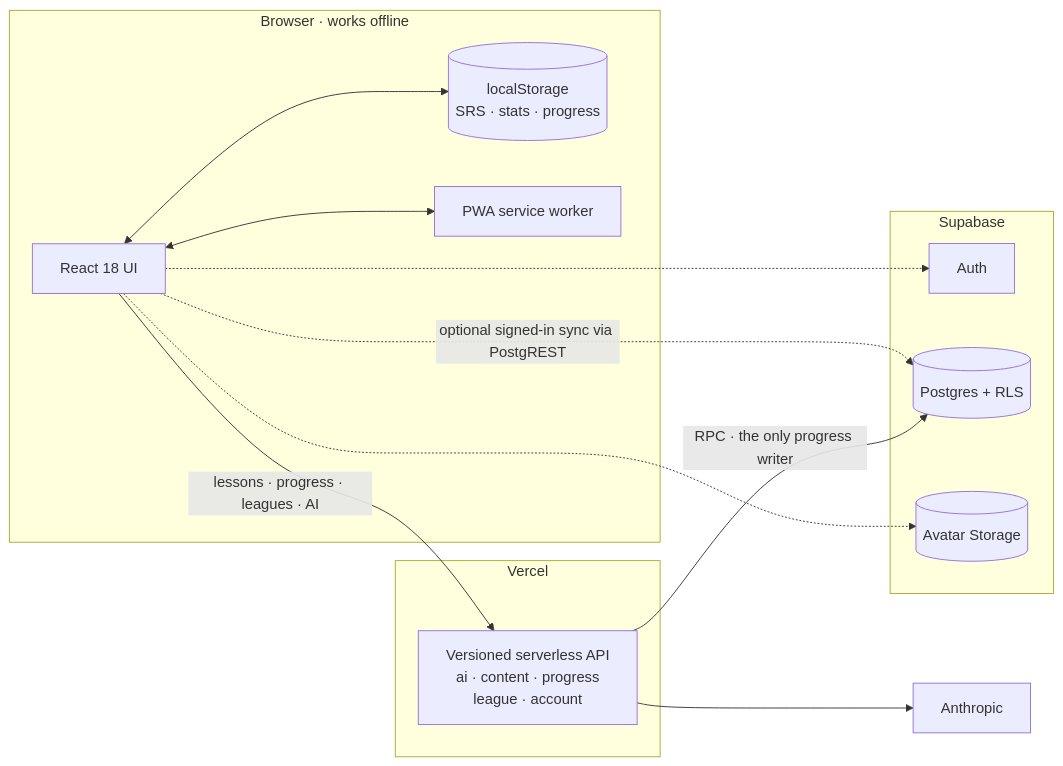
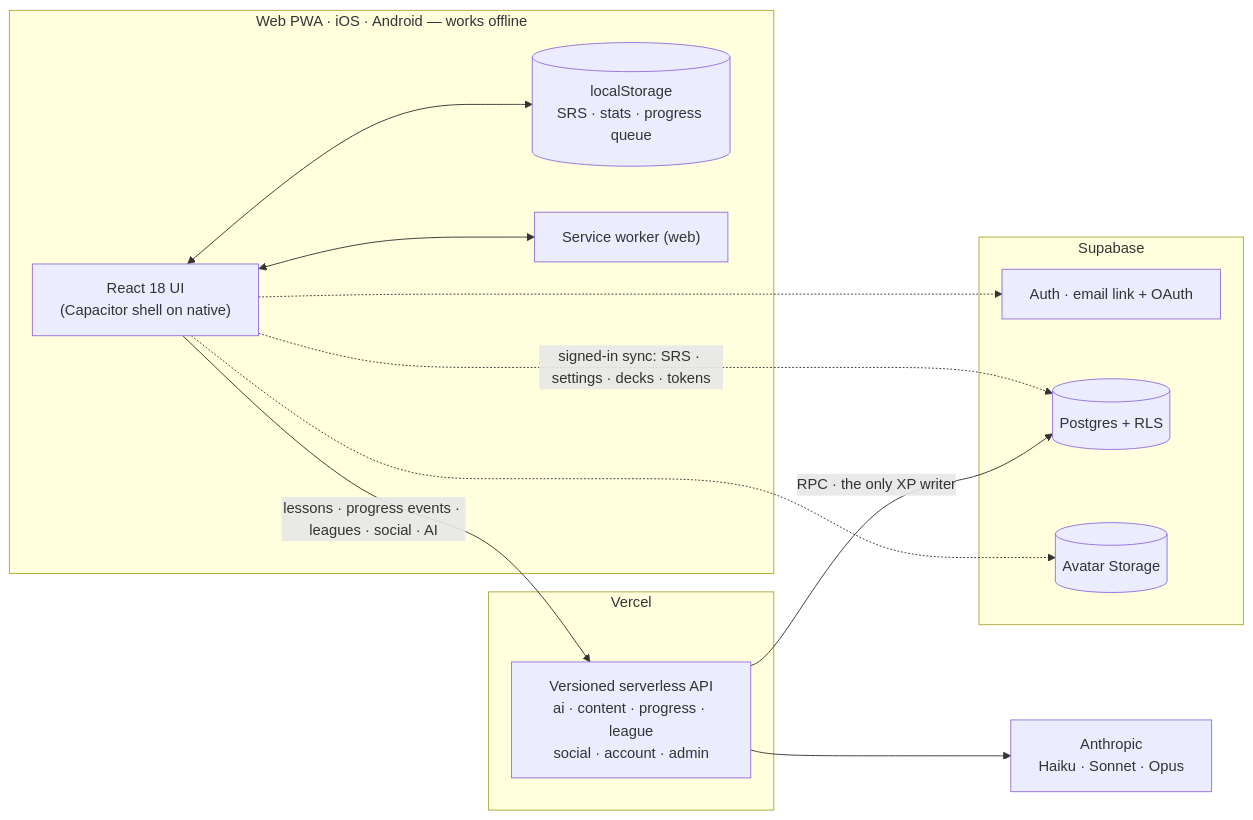
Before and after one commit to blackhebrewisraeli/Sprachschule-app: the diagram in README.md, drawn with Mermaid. The commit also changed other lines of this file and 2 other files, not shown here.

````diff
--- a/README.md
+++ b/README.md
@@ -103,29 +116,29 @@
 ```mermaid
 flowchart LR
-    subgraph Browser["Browser · works offline"]
-        UI["React 18 UI"]
-        Local[("localStorage\nSRS · stats · progress")]
-        SW["PWA service worker"]
+    subgraph Client["Web PWA · iOS · Android — works offline"]
+        UI["React 18 UI\n(Capacitor shell on native)"]
+        Local[("localStorage\nSRS · stats · progress queue")]
+        SW["Service worker (web)"]
         UI <--> Local
         UI <--> SW
     end
 
     subgraph Vercel["Vercel"]
-        API["Versioned serverless API\nai · content · progress\nleague · account"]
+        API["Versioned serverless API\nai · content · progress · league\nsocial · account · admin"]
     end
 
     subgraph Supabase["Supabase"]
-        Auth["Auth"]
+        Auth["Auth · email link + OAuth"]
         DB[("Postgres + RLS")]
         Storage[("Avatar Storage")]
     end
 
-    AI["Anthropic"]
+    AI["Anthropic\nHaiku · Sonnet · Opus"]
 
-    UI -->|"lessons · progress · leagues · AI"| API
+    UI -->|"lessons · progress events · leagues · social · AI"| API
     API --> AI
-    API -->|"RPC · the only progress writer"| DB
-    UI -.->|"optional signed-in sync via PostgREST"| DB
+    API -->|"RPC · the only XP writer"| DB
+    UI -.->|"signed-in sync: SRS · settings · decks · tokens"| DB
     UI -.-> Auth
     UI -.-> Storage
 ```
````
